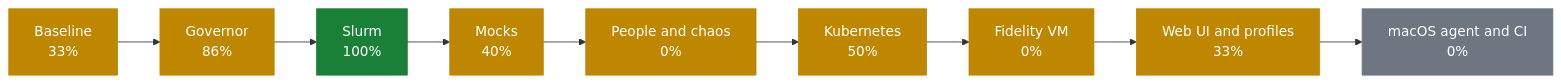
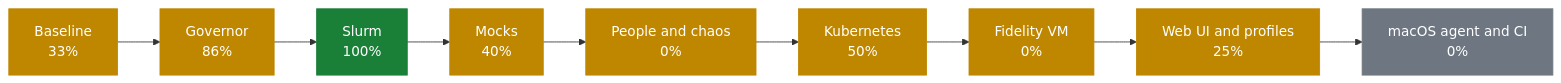
The first of 2 diagrams in docs/PROGRESS.md (AhmedYousriSobhi/workbench), drawn with Mermaid before and after one commit. The commit also changed other lines of this file and 15 other files, not shown here.

````diff
--- a/docs/PROGRESS.md
+++ b/docs/PROGRESS.md
@@ -11,17 +10,17 @@
 ```mermaid
 flowchart LR
     p0["Baseline<br/>33%"]:::partial
     p1["Governor<br/>86%"]:::partial
     p2["Slurm<br/>100%"]:::done
     p3["Mocks<br/>40%"]:::partial
     p4["People and chaos<br/>0%"]:::partial
     p5["Kubernetes<br/>50%"]:::partial
     p6["Fidelity VM<br/>0%"]:::partial
-    p7["Web UI and profiles<br/>33%"]:::partial
+    p7["Web UI and profiles<br/>25%"]:::partial
     p8["macOS agent and CI<br/>0%"]:::todo
     p0 --> p1 --> p2 --> p3 --> p4 --> p5 --> p6 --> p7 --> p8
     classDef done fill:#1a7f37,stroke:#1a7f37,color:#fff
     classDef review fill:#0969da,stroke:#0969da,color:#fff
     classDef partial fill:#bf8700,stroke:#bf8700,color:#fff
     classDef todo fill:#6e7781,stroke:#6e7781,color:#fff
 ```
````
